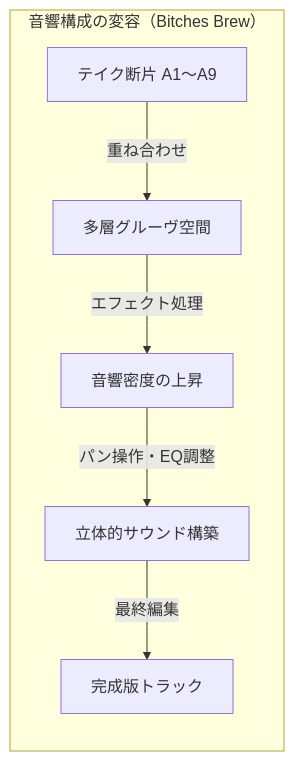
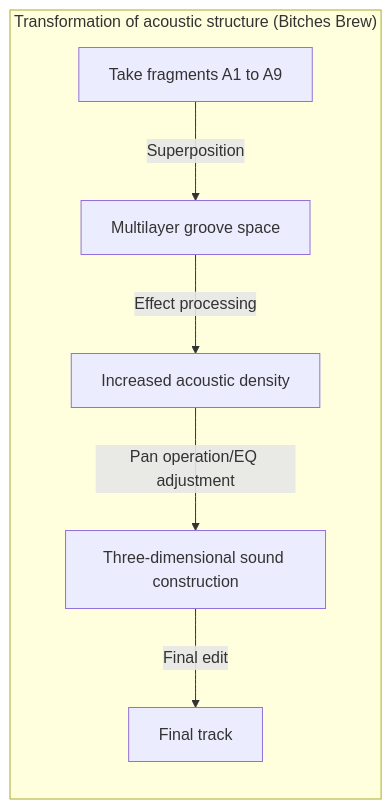
Before and after one commit to monumental-movement/monumental-movement.github.io: the fifth of 12 diagrams in en/_posts/2025-10-28-column-macero-miles.md, drawn with Mermaid. The commit also changed other lines of this file and 1719 other files, not shown here.

```diff
--- a/en/_posts/2025-10-28-column-macero-miles.md
+++ b/en/_posts/2025-10-28-column-macero-miles.md
@@ -247,11 +254,11 @@
 <div class="mermaid">
 
 graph LR
-    subgraph Editing_Structure["音響構成の変容（Bitches Brew）"]
-        A["テイク断片 A1〜A9"] -->|重ね合わせ| B["多層グルーヴ空間"]
-        B -->|エフェクト処理| C["音響密度の上昇"]
-        C -->|パン操作・EQ調整| D["立体的サウンド構築"]
-        D -->|最終編集| E["完成版トラック"]
-    end
+subgraph Editing_Structure["Transformation of acoustic structure (Bitches Brew)"]
+A["Take fragments A1 to A9"] -->|Superposition| B["Multilayer groove space"]
+B -->|Effect processing| C["Increased acoustic density"]
+C -->|Pan operation/EQ adjustment| D["Three-dimensional sound construction"]
+D -->|Final edit| E["Final track"]
+end
 
 </div>
```
